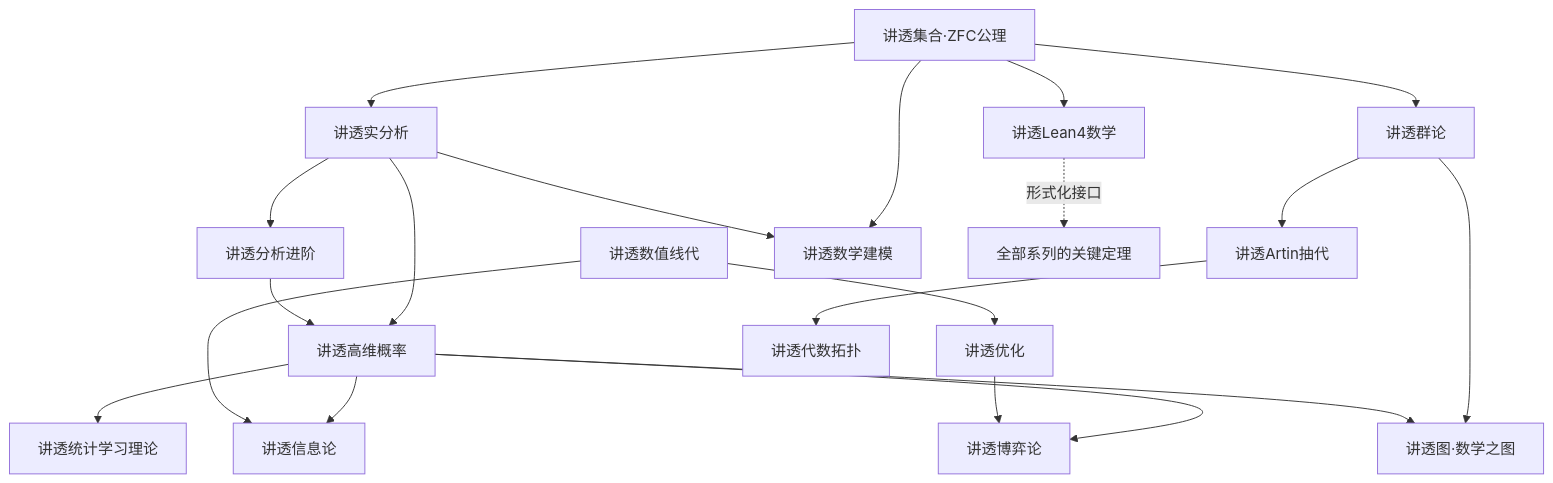
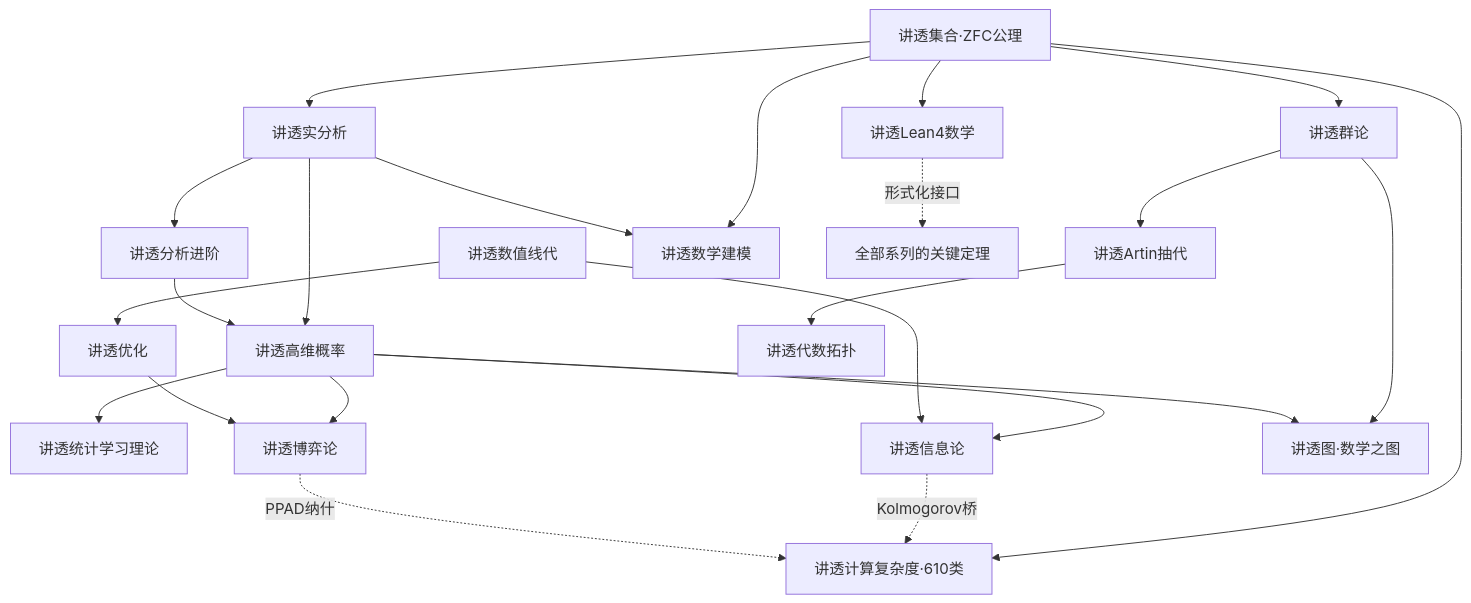
The diagram in 讲透数学/README.md (leemiracle/work4ai), drawn with Mermaid before and after one commit. The commit also changed other lines of this file and 2 other files, not shown here.

First line of the commit message:
docs(计算复杂度): 挂网——宇宙README跨向书架行/ASCII图/依赖图三边/接口表/根README入口 [公告:第16系列讲透计算复杂度入场,16系列宇宙]

````diff
--- a/讲透数学/README.md
+++ b/讲透数学/README.md
@@ -56,22 +58,25 @@
 ```mermaid
 graph TD
     SET[讲透集合·ZFC公理] --> RA[讲透实分析]
     SET --> GT[讲透群论]
     SET --> LEAN[讲透Lean4数学]
     NLA[讲透数值线代] --> OPT[讲透优化]
     RA --> AA[讲透分析进阶]
     RA --> HDP[讲透高维概率]
     AA --> HDP
     HDP --> SLT[讲透统计学习理论]
     GT --> ARTIN[讲透Artin抽代]
     ARTIN --> AT[讲透代数拓扑]
     HDP --> IT[讲透信息论]
     NLA --> IT
     HDP --> GT2[讲透博弈论]
     OPT --> GT2
     SET --> MM[讲透数学建模]
     RA --> MM
     GT --> GRAPH[讲透图·数学之图]
     HDP --> GRAPH
+    SET --> CX[讲透计算复杂度·610类]
+    IT -.Kolmogorov桥.-> CX
+    GT2 -.PPAD纳什.-> CX
     LEAN -.形式化接口.-> ALL[全部系列的关键定理]
 ```
````
